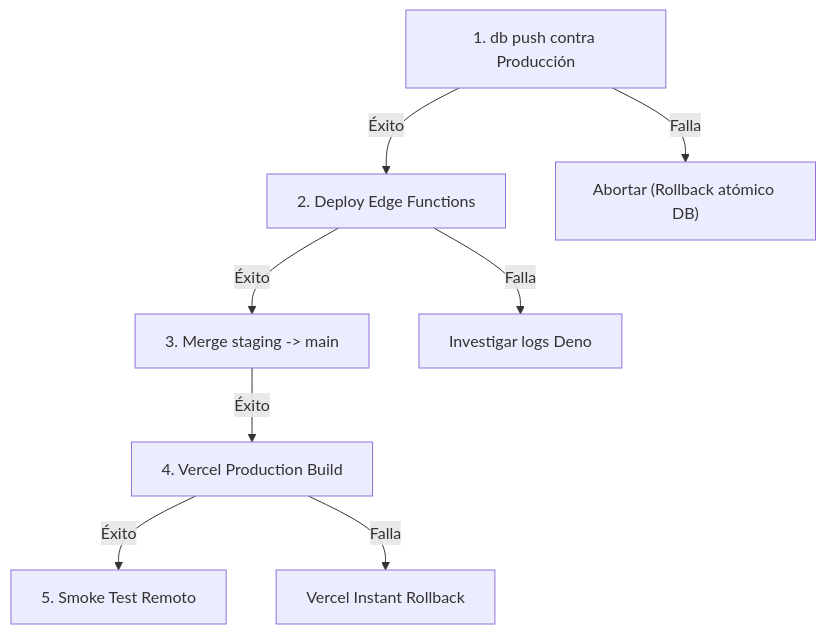
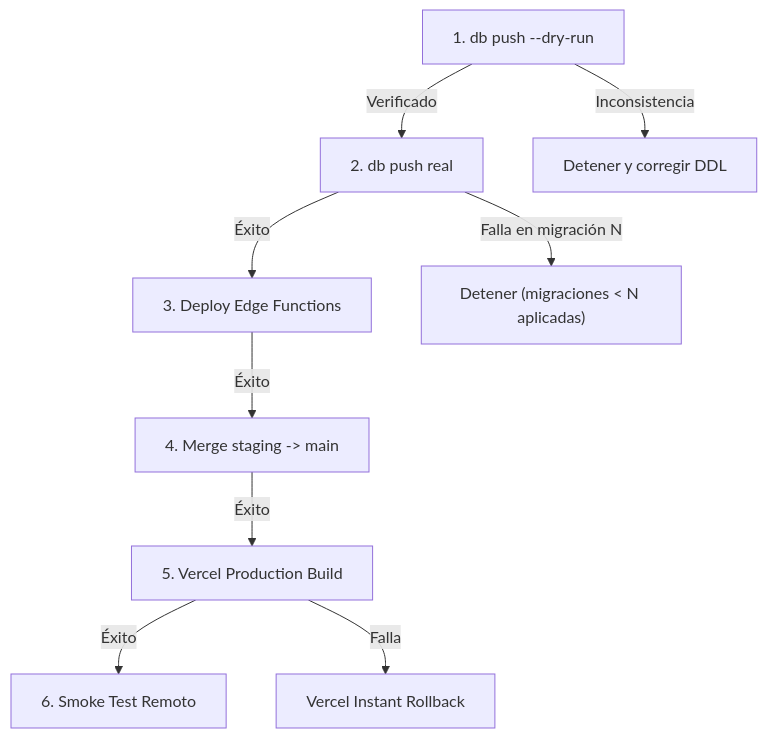
The diagram in docs/PLAN_PROMOCION_PRODUCCION_CORREGIDO_V1.md (puntoxlabs/puntoencuentro), drawn with Mermaid before and after one commit. The commit also changed other lines of this file and 1 other file, not shown here.

Commit message:
docs(ops): corregir plan de promocion y delimitar capacidades reales en borradores legales

````diff
--- a/docs/PLAN_PROMOCION_PRODUCCION_CORREGIDO_V1.md
+++ b/docs/PLAN_PROMOCION_PRODUCCION_CORREGIDO_V1.md
@@ -105,11 +122,12 @@
 ```mermaid
 flowchart TD
-    A["1. db push contra Producción"] -->|Éxito| B["2. Deploy Edge Functions"]
-    B -->|Éxito| C["3. Merge staging -> main"]
-    C -->|Éxito| D["4. Vercel Production Build"]
-    D -->|Éxito| E["5. Smoke Test Remoto"]
+    A["1. db push --dry-run"] -->|Verificado| B["2. db push real"]
+    B -->|Éxito| C["3. Deploy Edge Functions"]
+    C -->|Éxito| D["4. Merge staging -> main"]
+    D -->|Éxito| E["5. Vercel Production Build"]
+    E -->|Éxito| F["6. Smoke Test Remoto"]
 
-    A -->|Falla| F["Abortar (Rollback atómico DB)"]
-    B -->|Falla| G["Investigar logs Deno"]
-    D -->|Falla| H["Vercel Instant Rollback"]
+    A -->|Inconsistencia| Z["Detener y corregir DDL"]
+    B -->|Falla en migración N| R["Detener (migraciones < N aplicadas)"]
+    E -->|Falla| V["Vercel Instant Rollback"]
 ```
````
